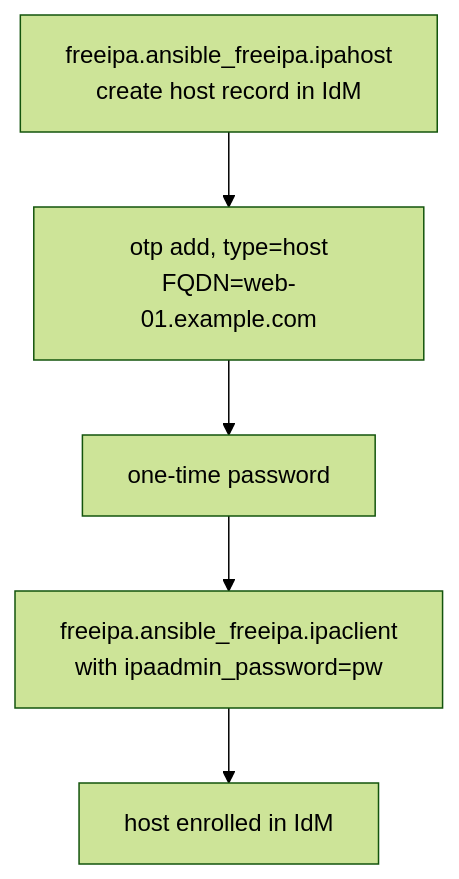
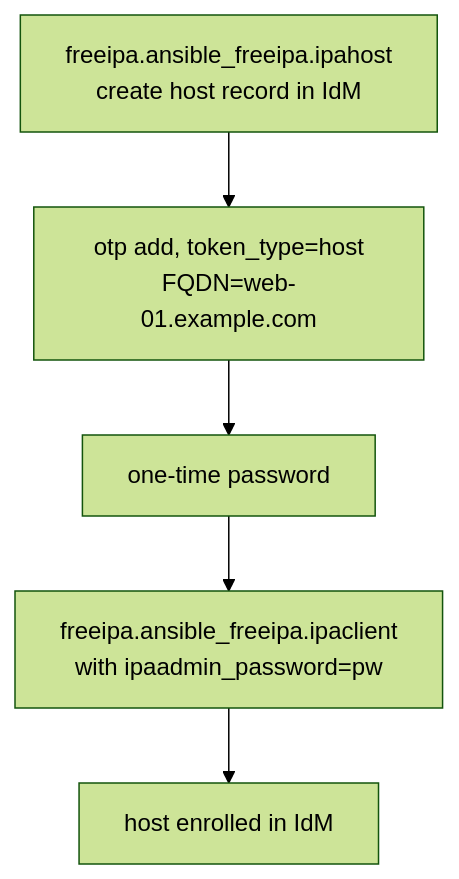
The fifth of 10 diagrams in docs/otp-capabilities.md (gprocunier/eigenstate-ipa), drawn with Mermaid (forest theme) before and after one commit. The commit also changed other lines of this file and 14 other files, not shown here.

````diff
--- a/docs/otp-capabilities.md
+++ b/docs/otp-capabilities.md
@@ -153,7 +153,7 @@
 ```mermaid
 flowchart TD
-    ipahost["freeipa.ansible_freeipa.ipahost\ncreate host record in IdM"] --> enroll_pw["otp add, type=host\nFQDN=web-01.example.com"]
+    ipahost["freeipa.ansible_freeipa.ipahost\ncreate host record in IdM"] --> enroll_pw["otp add, token_type=host\nFQDN=web-01.example.com"]
     enroll_pw --> pw["one-time password"]
     pw --> ipaclient["freeipa.ansible_freeipa.ipaclient\nwith ipaadmin_password=pw"]
     ipaclient --> enrolled["host enrolled in IdM"]
 ```
````
